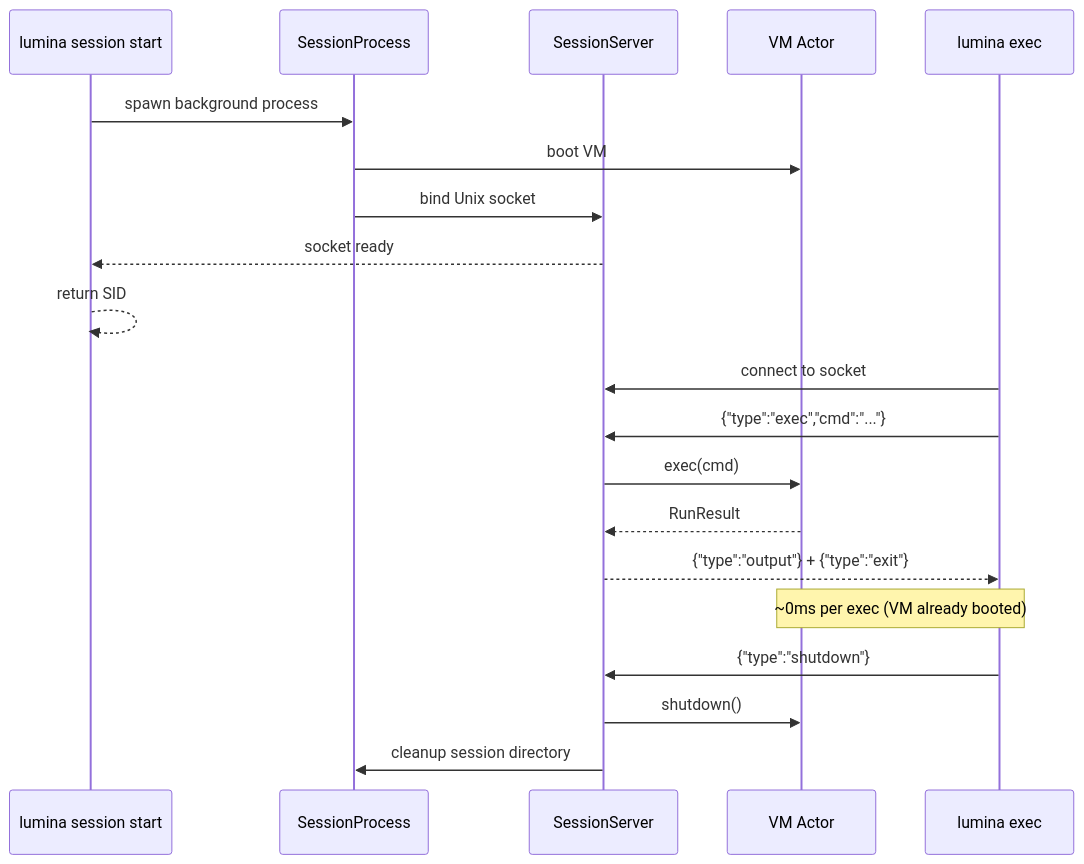
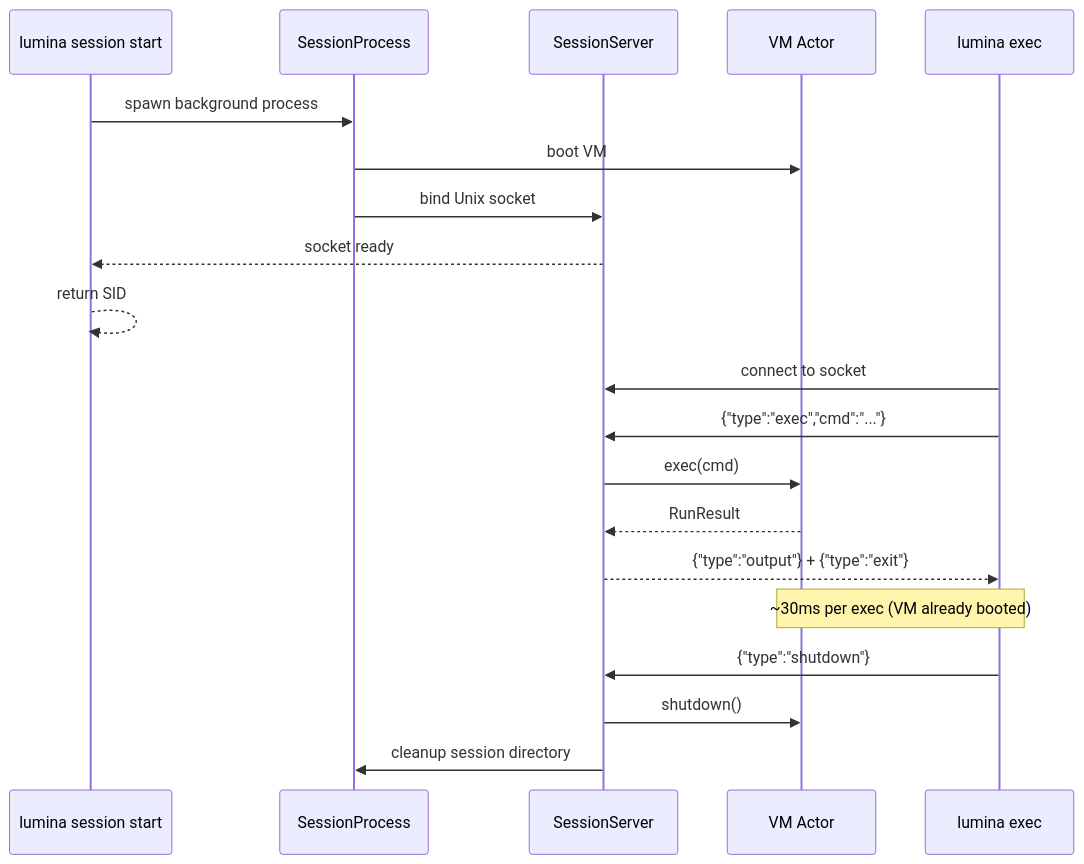
Before and after one commit to abdul-abdi/lumina: the second of 3 diagrams in README.md, drawn with Mermaid. The commit also changed other lines of this file, not shown here.

````diff
--- a/README.md
+++ b/README.md
@@ -382,25 +383,25 @@
 ```mermaid
 sequenceDiagram
     participant CLI as lumina session start
     participant SP as SessionProcess
     participant SS as SessionServer
     participant VM as VM Actor
     participant EC as lumina exec
 
     CLI->>SP: spawn background process
     SP->>VM: boot VM
     SP->>SS: bind Unix socket
     SS-->>CLI: socket ready
     CLI-->>CLI: return SID
 
     EC->>SS: connect to socket
     EC->>SS: {"type":"exec","cmd":"..."}
     SS->>VM: exec(cmd)
     VM-->>SS: RunResult
     SS-->>EC: {"type":"output"} + {"type":"exit"}
-    Note over EC,VM: ~0ms per exec (VM already booted)
+    Note over EC,VM: ~30ms per exec (VM already booted)
 
     EC->>SS: {"type":"shutdown"}
     SS->>VM: shutdown()
     SS->>SP: cleanup session directory
 ```
````
